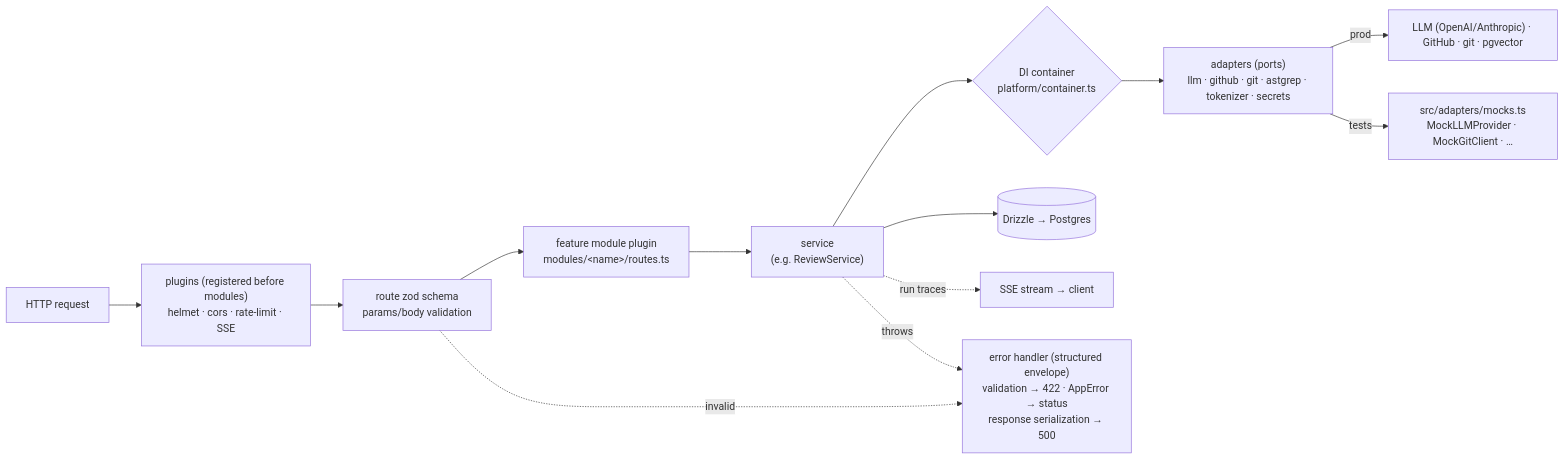
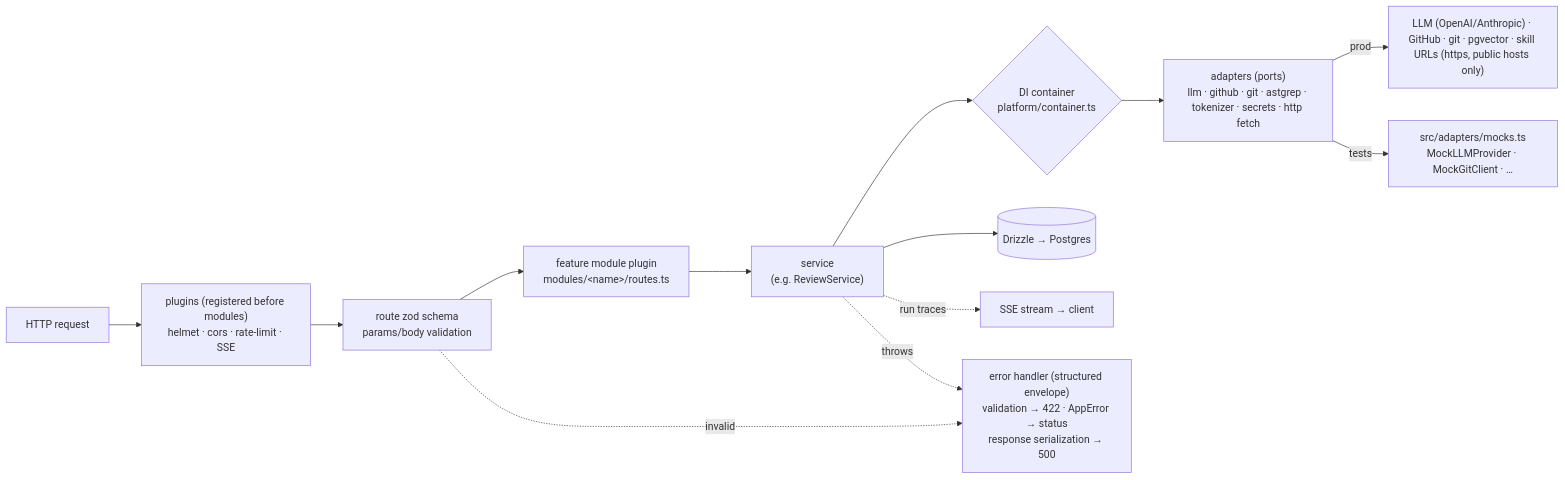
The first of 2 diagrams in server/README.md (Volodymyr-Hula/dev-digest), drawn with Mermaid before and after one commit. The commit also changed other lines of this file and 38 other files, not shown here.

````diff
--- a/server/README.md
+++ b/server/README.md
@@ -26,15 +26,15 @@
 ```mermaid
 flowchart LR
   REQ["HTTP request"] --> MW["plugins (registered before modules)<br/>helmet · cors · rate-limit · SSE"]
   MW --> VAL["route zod schema<br/>params/body validation"]
   VAL --> MOD["feature module plugin<br/>modules/&lt;name&gt;/routes.ts"]
   MOD --> SVC["service<br/>(e.g. ReviewService)"]
   SVC --> DI{"DI container<br/>platform/container.ts"}
-  DI --> ADP["adapters (ports)<br/>llm · github · git · astgrep · tokenizer · secrets"]
-  ADP -->|"prod"| EXT["LLM (OpenAI/Anthropic) · GitHub · git · pgvector"]
+  DI --> ADP["adapters (ports)<br/>llm · github · git · astgrep · tokenizer · secrets · http fetch"]
+  ADP -->|"prod"| EXT["LLM (OpenAI/Anthropic) · GitHub · git · pgvector · skill URLs (https, public hosts only)"]
   ADP -->|"tests"| MOCK["src/adapters/mocks.ts<br/>MockLLMProvider · MockGitClient · …"]
   SVC --> DB[("Drizzle → Postgres")]
   SVC -. "run traces" .-> SSE["SSE stream → client"]
   VAL -. "invalid" .-> ERR["error handler (structured envelope)<br/>validation → 422 · AppError → status<br/>response serialization → 500"]
   SVC -. "throws" .-> ERR
 ```
````
